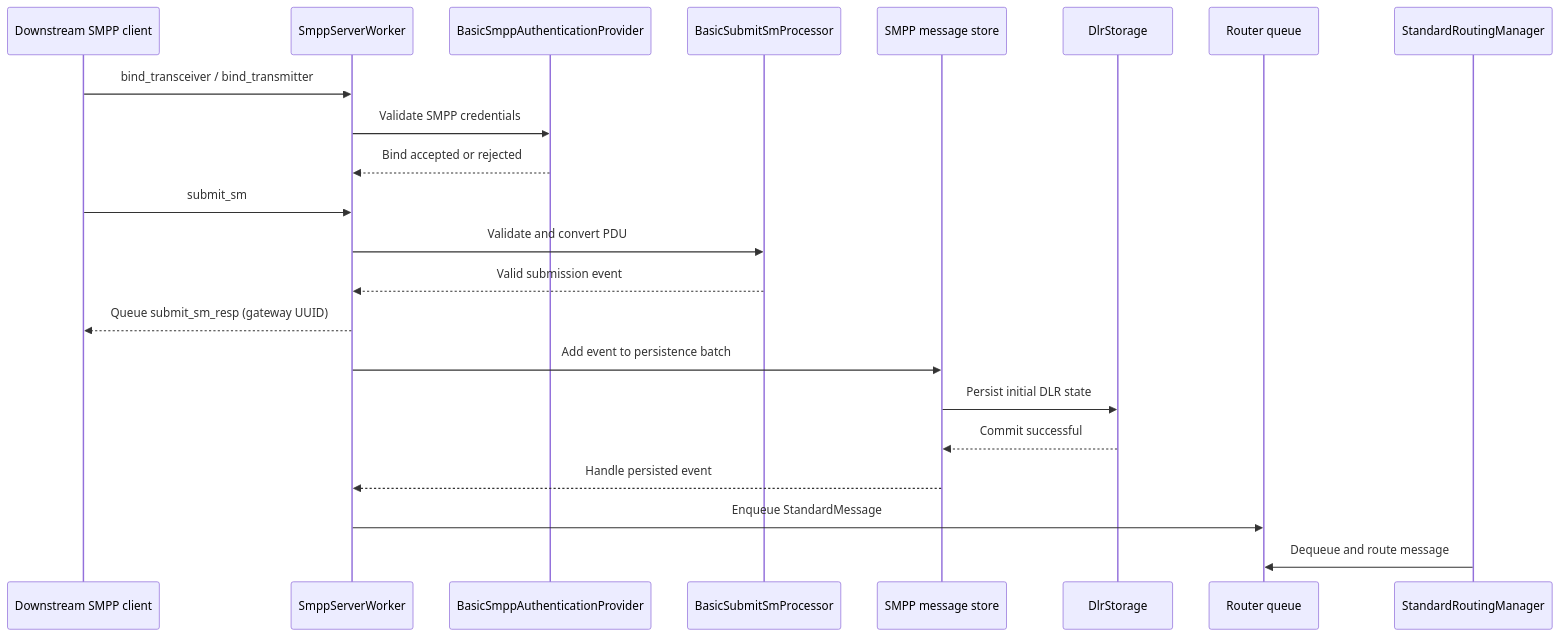
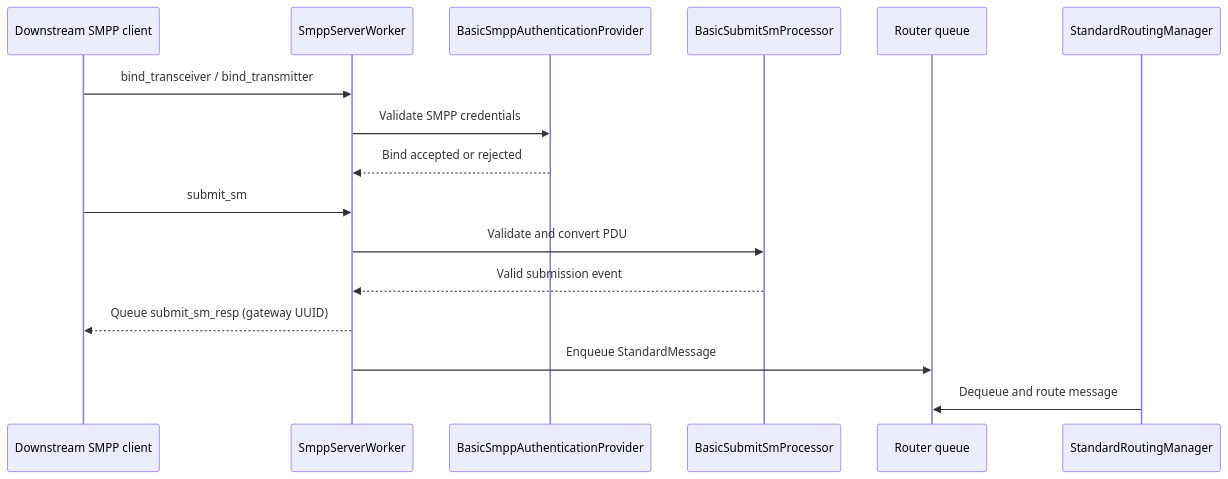
The fourth of 6 diagrams in docs/01-architecture.md (cytechmobile/sendium), drawn with Mermaid before and after one commit. The commit also changed other lines of this file and 34 other files, not shown here.

Commit message:
refactor(dlr): persist state at provider outcome

````diff
--- a/docs/01-architecture.md
+++ b/docs/01-architecture.md
@@ -113,25 +112,19 @@
 ```mermaid
 sequenceDiagram
     participant Client as Downstream SMPP client
     participant Server as SmppServerWorker
     participant Auth as BasicSmppAuthenticationProvider
     participant Submit as BasicSubmitSmProcessor
-    participant Store as SMPP message store
-    participant DLR as DlrStorage
     participant Queue as Router queue
     participant Router as StandardRoutingManager
 
     Client->>Server: bind_transceiver / bind_transmitter
     Server->>Auth: Validate SMPP credentials
     Auth-->>Server: Bind accepted or rejected
     Client->>Server: submit_sm
     Server->>Submit: Validate and convert PDU
     Submit-->>Server: Valid submission event
     Server-->>Client: Queue submit_sm_resp (gateway UUID)
-    Server->>Store: Add event to persistence batch
-    Store->>DLR: Persist initial DLR state
-    DLR-->>Store: Commit successful
-    Store-->>Server: Handle persisted event
     Server->>Queue: Enqueue StandardMessage
     Router->>Queue: Dequeue and route message
 ```
````
